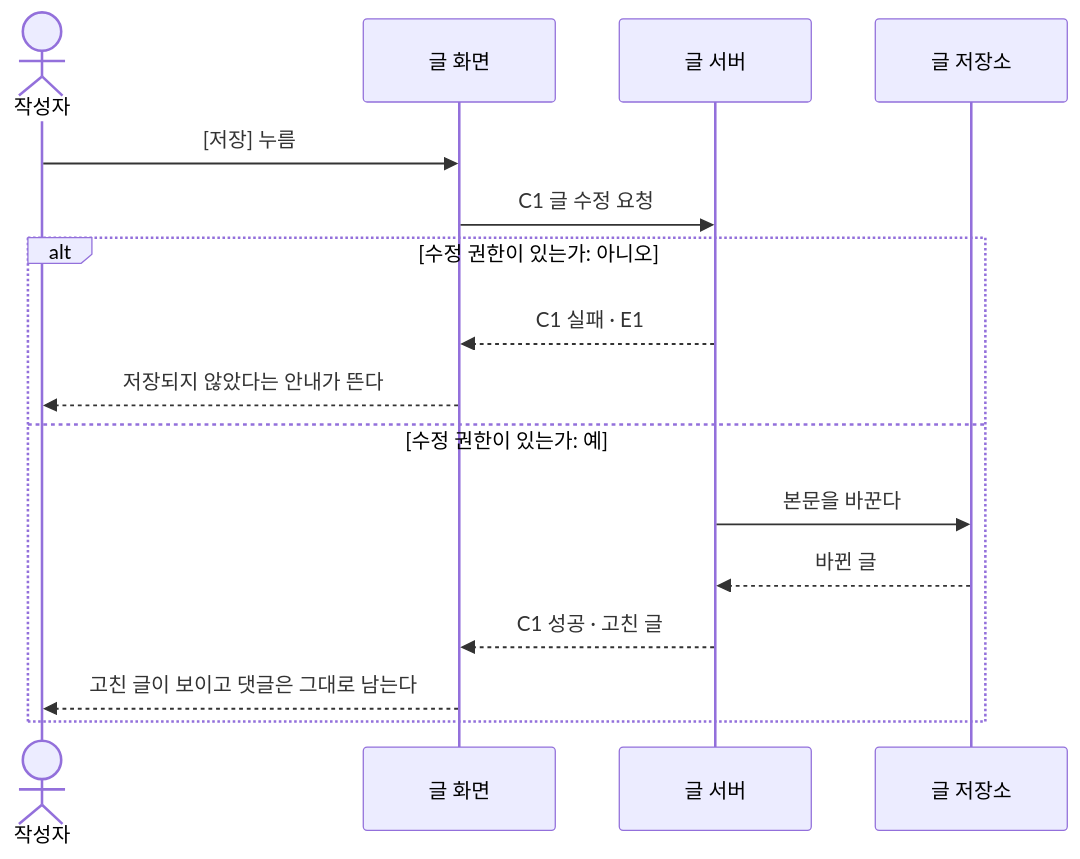
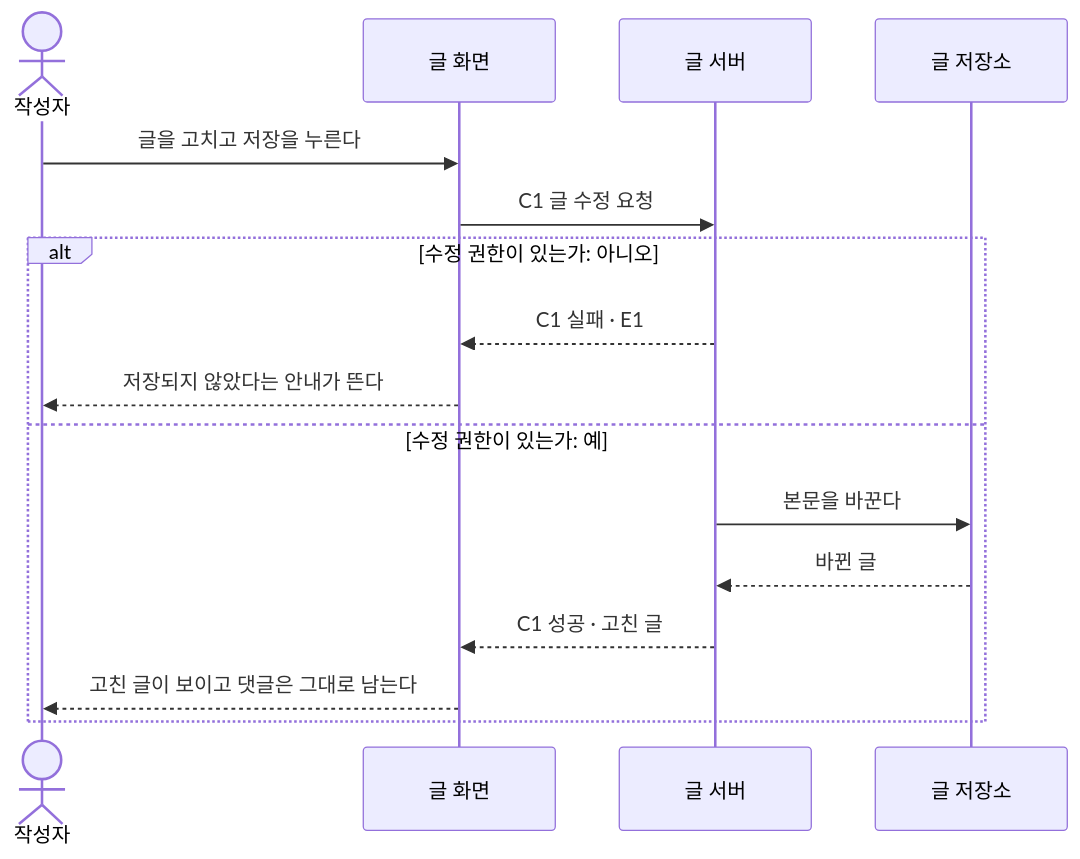
Before and after one commit to YeongWon2/product-planning: the diagram in examples/post-edit/diagram.md, drawn with Mermaid. The commit also changed other lines of this file and 20 other files, not shown here.

````diff
--- a/examples/post-edit/diagram.md
+++ b/examples/post-edit/diagram.md
@@ -7,18 +7,18 @@
 ```mermaid
 sequenceDiagram
   actor P1 as 작성자
   participant A1 as 글 화면
   participant A2 as 글 서버
   participant A3 as 글 저장소
-  P1->>A1: [저장] 누름
+  P1->>A1: 글을 고치고 저장을 누른다
   A1->>A2: C1 글 수정 요청
   alt 수정 권한이 있는가: 아니오
     A2-->>A1: C1 실패 · E1
     A1-->>P1: 저장되지 않았다는 안내가 뜬다
   else 수정 권한이 있는가: 예
     A2->>A3: 본문을 바꾼다
     A3-->>A2: 바뀐 글
     A2-->>A1: C1 성공 · 고친 글
     A1-->>P1: 고친 글이 보이고 댓글은 그대로 남는다
   end
 ```
````
